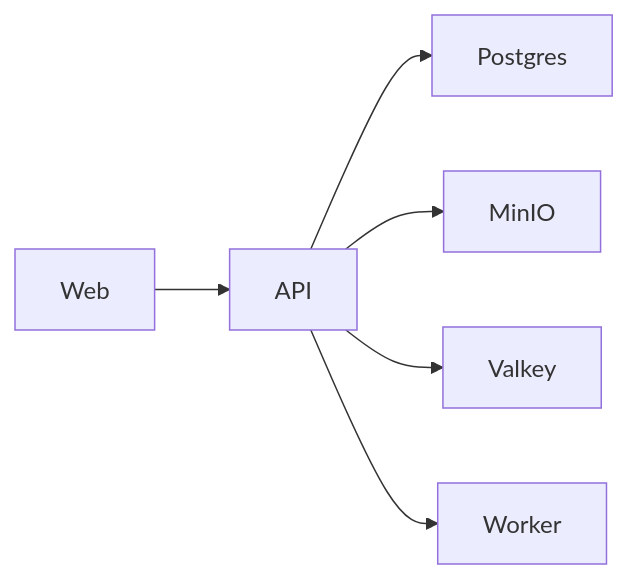
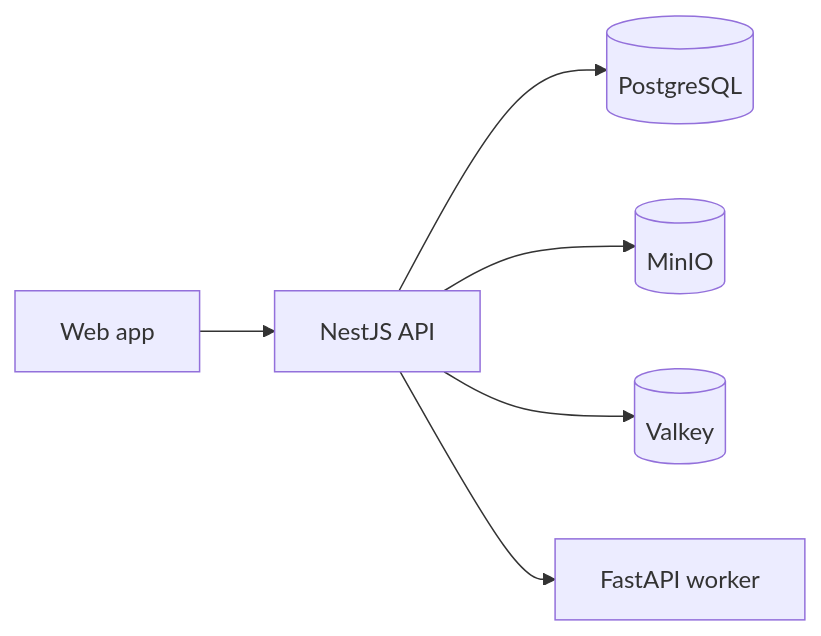
The diagram in docs/architecture.md (Docuvate/docuvate), drawn with Mermaid before and after one commit. The commit also changed 17 other files, not shown here.

First line of the commit message:
chore: Node 24 and fix README Mermaid diagram

````diff
--- a/docs/architecture.md
+++ b/docs/architecture.md
@@ -12,8 +12,8 @@
 ```mermaid
 flowchart LR
-  Web --> API
-  API --> Postgres
-  API --> MinIO
-  API --> Valkey
-  API --> Worker
+  Web["Web app"] --> API["NestJS API"]
+  API --> Postgres[("PostgreSQL")]
+  API --> MinIO[("MinIO")]
+  API --> Valkey[("Valkey")]
+  API --> Worker["FastAPI worker"]
 ```
````
